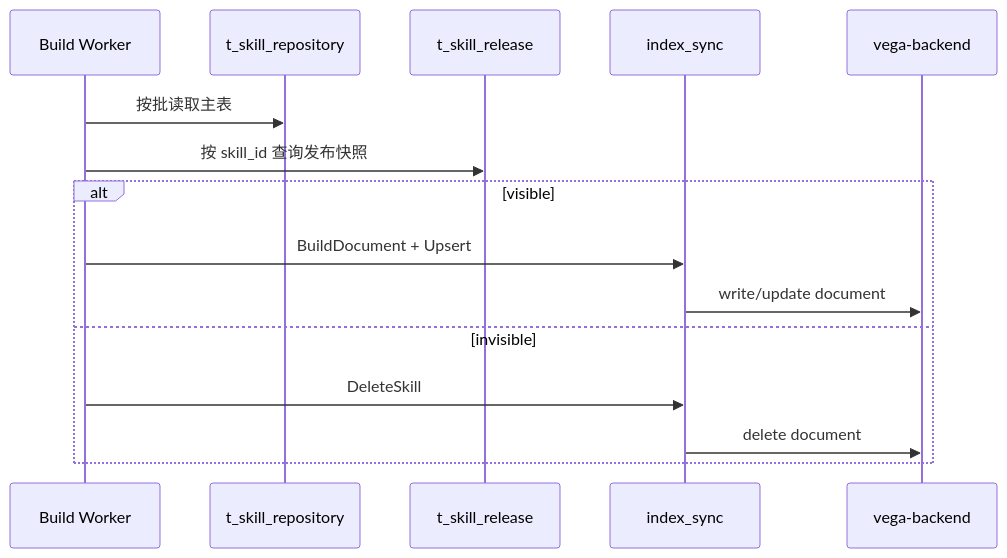
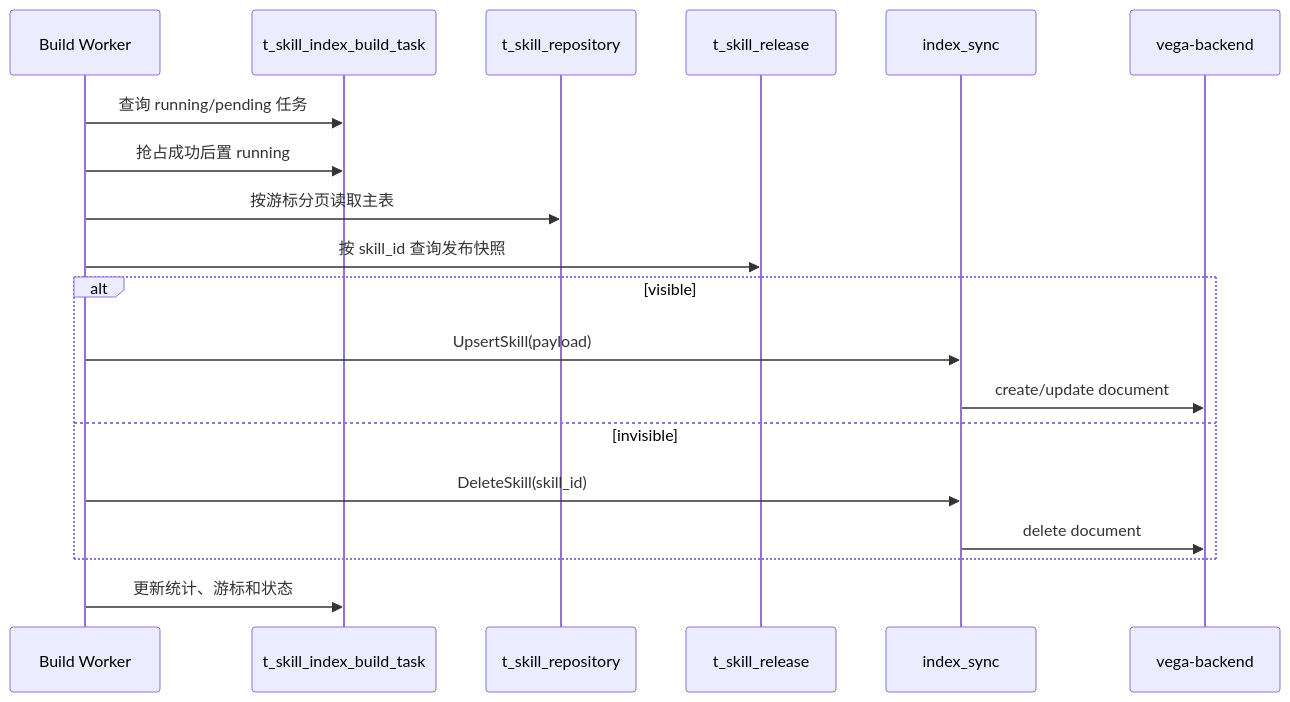
One commit to kweaver-ai/kweaver-core changed the fourth of 4 diagrams in adp/execution-factory/operator-integration/docs/design/features/skill_dataset_rebuild_and_incremental_build.md. Above: the diagram before and after it, drawn with Mermaid. The commit also changed other lines of this file and 3 other files, not shown here.

````diff
--- a/adp/execution-factory/operator-integration/docs/design/features/skill_dataset_rebuild_and_incremental_build.md
+++ b/adp/execution-factory/operator-integration/docs/design/features/skill_dataset_rebuild_and_incremental_build.md
@@ -183,18 +171,22 @@
 ```mermaid
 sequenceDiagram
     participant Worker as Build Worker
+    participant Task as t_skill_index_build_task
     participant Repo as t_skill_repository
     participant Release as t_skill_release
     participant Index as index_sync
     participant Vega as vega-backend
 
-    Worker->>Repo: 按批读取主表
+    Worker->>Task: 查询 running/pending 任务
+    Worker->>Task: 抢占成功后置 running
+    Worker->>Repo: 按游标分页读取主表
     Worker->>Release: 按 skill_id 查询发布快照
     alt visible
-        Worker->>Index: BuildDocument + Upsert
-        Index->>Vega: write/update document
+        Worker->>Index: UpsertSkill(payload)
+        Index->>Vega: create/update document
     else invisible
-        Worker->>Index: DeleteSkill
+        Worker->>Index: DeleteSkill(skill_id)
         Index->>Vega: delete document
     end
+    Worker->>Task: 更新统计、游标和状态
 ```
````
